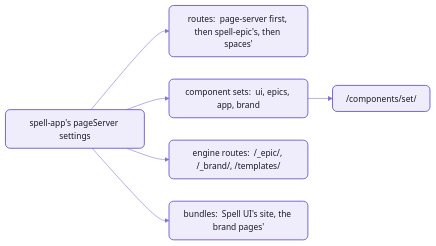
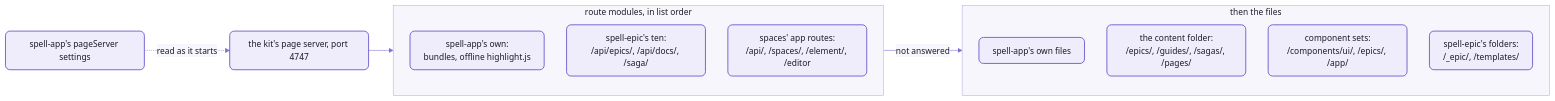
Before and after one commit to spell-app/spell: the diagram in app/README-page-server.md, drawn with Mermaid. The commit also changed other lines of this file and 8 other files, not shown here.

Commit message:
readme P11:  Voice Rewrite -- spell-app's six pages in the chosen voice;  the examples table's generator writes Spell capitalised

````diff
--- a/app/README-page-server.md
+++ b/app/README-page-server.md
@@ -15,11 +42,22 @@
 ```mermaid
 %%{init: {"theme":"base","themeVariables":{"fontFamily":"-apple-system, BlinkMacSystemFont, Segoe UI, Helvetica, Arial, sans-serif","fontSize":"15px","primaryColor":"#EFECFB","primaryBorderColor":"#6550CA","primaryTextColor":"#1A1C27","secondaryColor":"#F4F1E9","tertiaryColor":"#F7F6FC","lineColor":"#7F6FD6","textColor":"#7F6FD6","clusterBkg":"#F7F6FC","clusterBorder":"#B9B0E8","titleColor":"#1A1C27","edgeLabelBackground":"#F7F6FC","actorBkg":"#EFECFB","actorBorder":"#6550CA","actorTextColor":"#1A1C27","actorLineColor":"#9C90DE","signalColor":"#7F6FD6","signalTextColor":"#7F6FD6","labelBoxBkgColor":"#EFECFB","labelBoxBorderColor":"#6550CA","labelTextColor":"#1A1C27","loopTextColor":"#7F6FD6","noteBkgColor":"#F1E7D4","noteBorderColor":"#C9B48A","noteTextColor":"#1A1C27","activationBkgColor":"#DCD6F7","activationBorderColor":"#6550CA","sequenceNumberColor":"#FFFFFF"},"flowchart":{"curve":"basis","padding":12,"nodeSpacing":40,"rankSpacing":44}}}%%
 flowchart LR
-  settings["spell-app's pageServer settings"] --> routes["routes:  page-server first, then spell-epic's, then spaces'"]
-  settings --> sets["component sets:  ui, epics, app, brand"]
-  settings --> engine["engine routes:  /_epic/, /_brand/, /templates/"]
-  settings --> bundles["bundles:  Spell UI's site, the brand pages'"]
-  sets --> served["/components/set/"]
+  settings["spell-app's pageServer settings"]
+  server["the kit's page server, port 4747"]
+  subgraph modules ["route modules, in list order"]
+    own["spell-app's own:<br/>bundles, offline highlight.js"]
+    epic["spell-epic's ten:<br/>/api/epics/, /api/docs/, /saga/"]
+    app["spaces' app routes:<br/>/api/, /spaces/, /element/, /editor"]
+  end
+  subgraph files ["then the files"]
+    checkout["spell-app's own files"]
+    content["the content folder:<br/>/epics/, /guides/, /sagas/, /pages/"]
+    sets["component sets:<br/>/components/ui/, /epics/, /app/"]
+    engine["spell-epic's folders:<br/>/_epic/, /templates/"]
+  end
+  settings -. read as it starts .-> server
+  server --> modules
+  modules -- "not answered" --> files
   %% the Spell look:  yarn mermaid:pretty
   classDef default fill:#EFECFB,stroke:#6550CA,stroke-width:1.5px,color:#1A1C27,rx:8px,ry:8px
 ```
````
